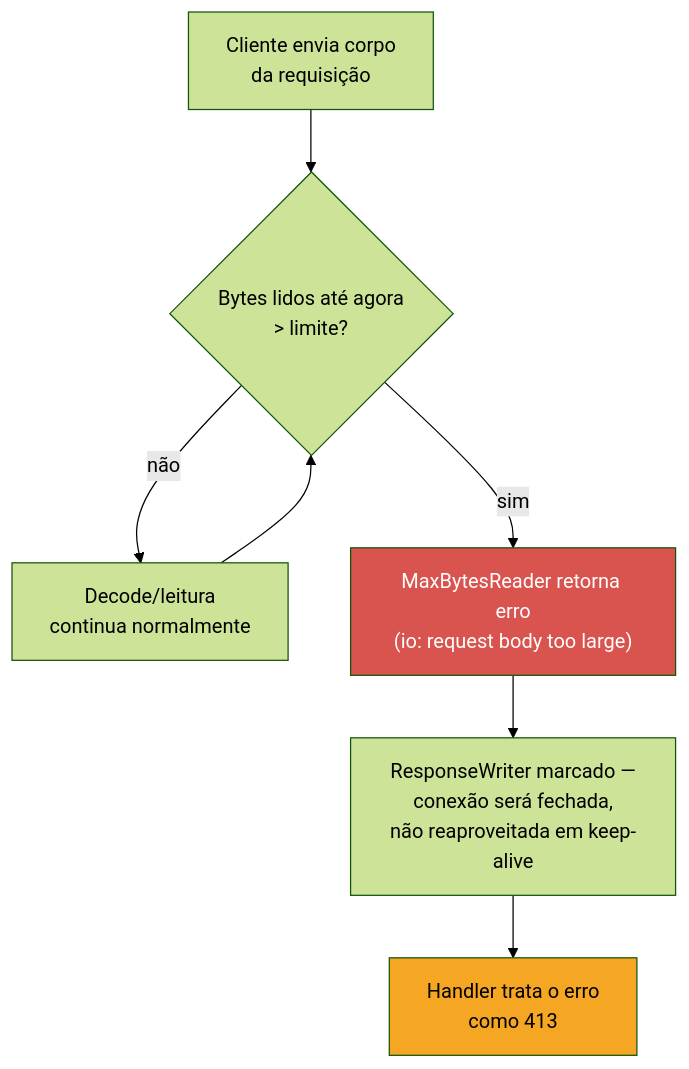
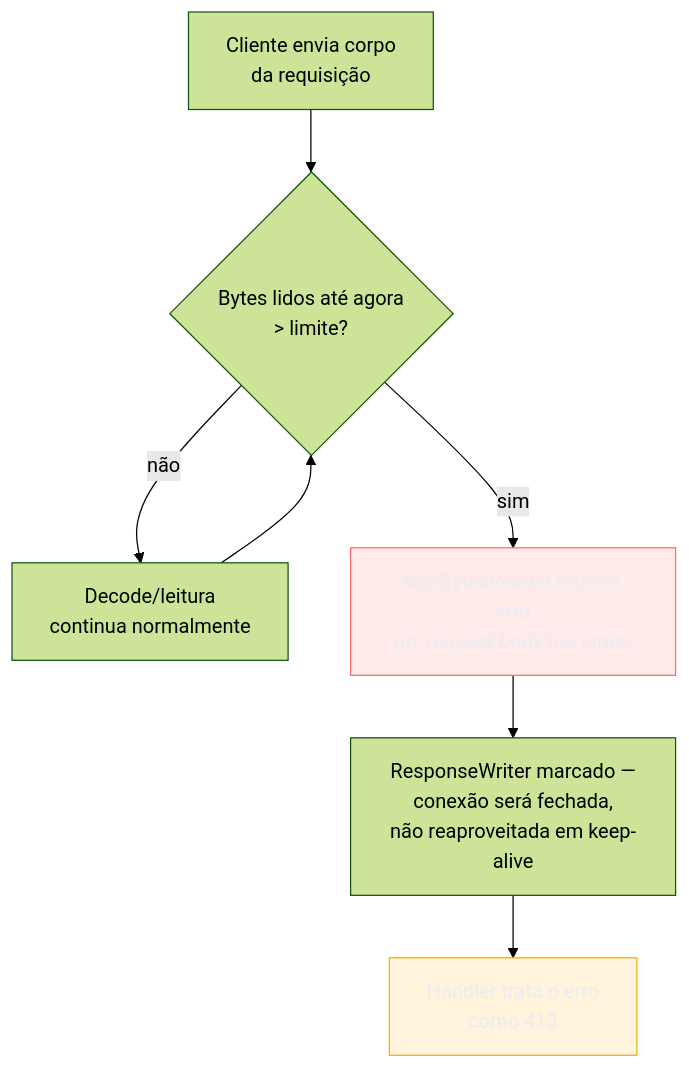
Before and after one commit to josenaldo/codex-technomanticus: the second of 2 diagrams in 03-Dominios/Tecnologia/Go/10 - HTTP e frameworks web/08 - Servindo em produção — timeouts e limites.md, drawn with Mermaid (forest theme). The commit also changed 1181 other files, not shown here.

First line of the commit message:
fix(diagramas): paleta do sistema no lugar de cor cravada no markdown

````diff
--- a/03-Dominios/Tecnologia/Go/10 - HTTP e frameworks web/08 - Servindo em produção — timeouts e limites.md
+++ b/03-Dominios/Tecnologia/Go/10 - HTTP e frameworks web/08 - Servindo em produção — timeouts e limites.md
@@ -133,12 +133,14 @@
 ```mermaid
 flowchart TD
+    classDef falha fill:#FF6B6B24,stroke:#FF6B6B,color:#E9ECF2
+    classDef destaque fill:#FFAA0024,stroke:#FFAA00,color:#E9ECF2
     A["Cliente envia corpo\nda requisição"] --> B{"Bytes lidos até agora\n> limite?"}
     B -- não --> C["Decode/leitura\ncontinua normalmente"]
     C --> B
     B -- sim --> D["MaxBytesReader retorna erro\n(io: request body too large)"]
     D --> E["ResponseWriter marcado —\nconexão será fechada,\nnão reaproveitada em keep-alive"]
     E --> F["Handler trata o erro\ncomo 413"]
 
-    style D fill:#D9534F,color:#fff
-    style F fill:#F5A623,color:#000
+    class D falha
+    class F destaque
 ```
````
